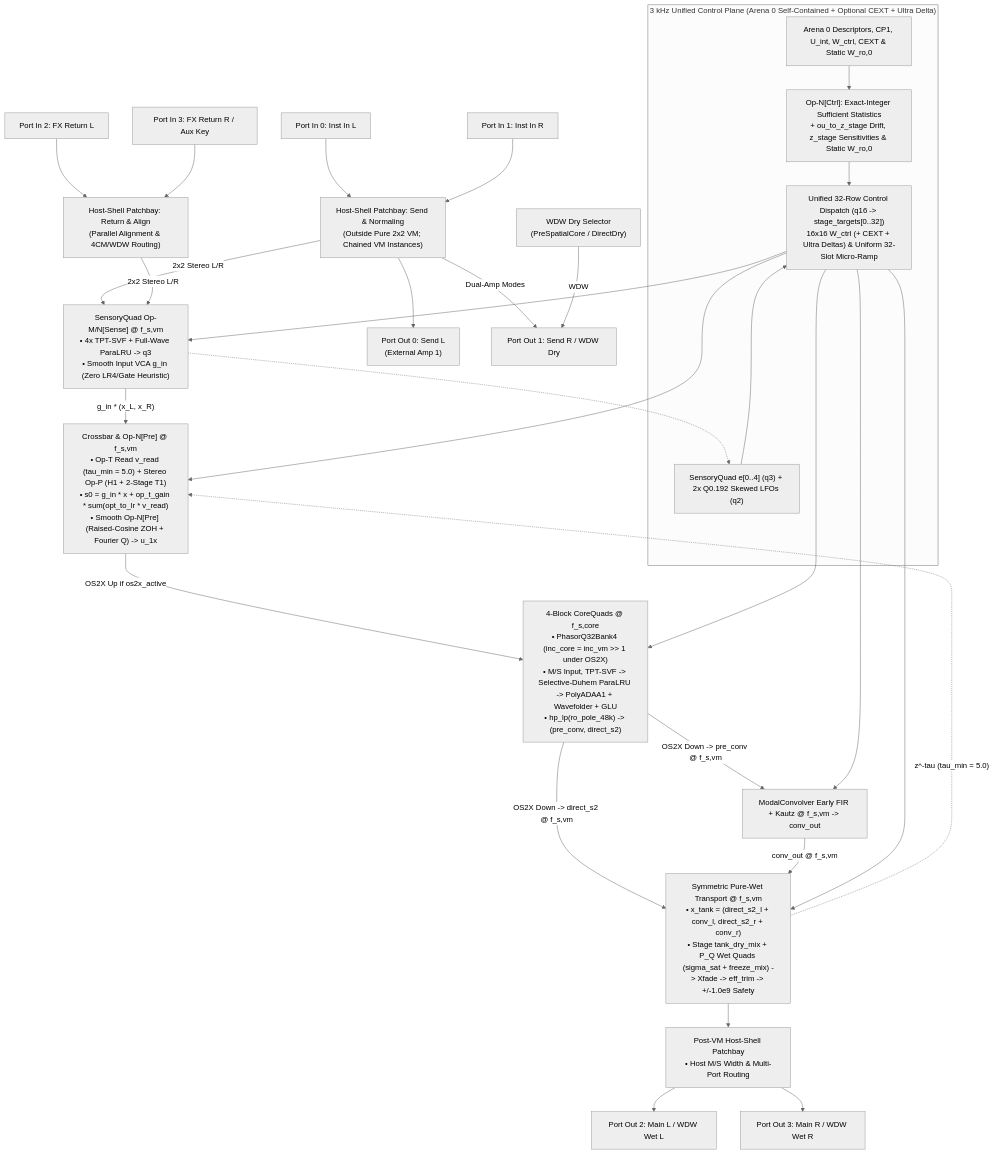
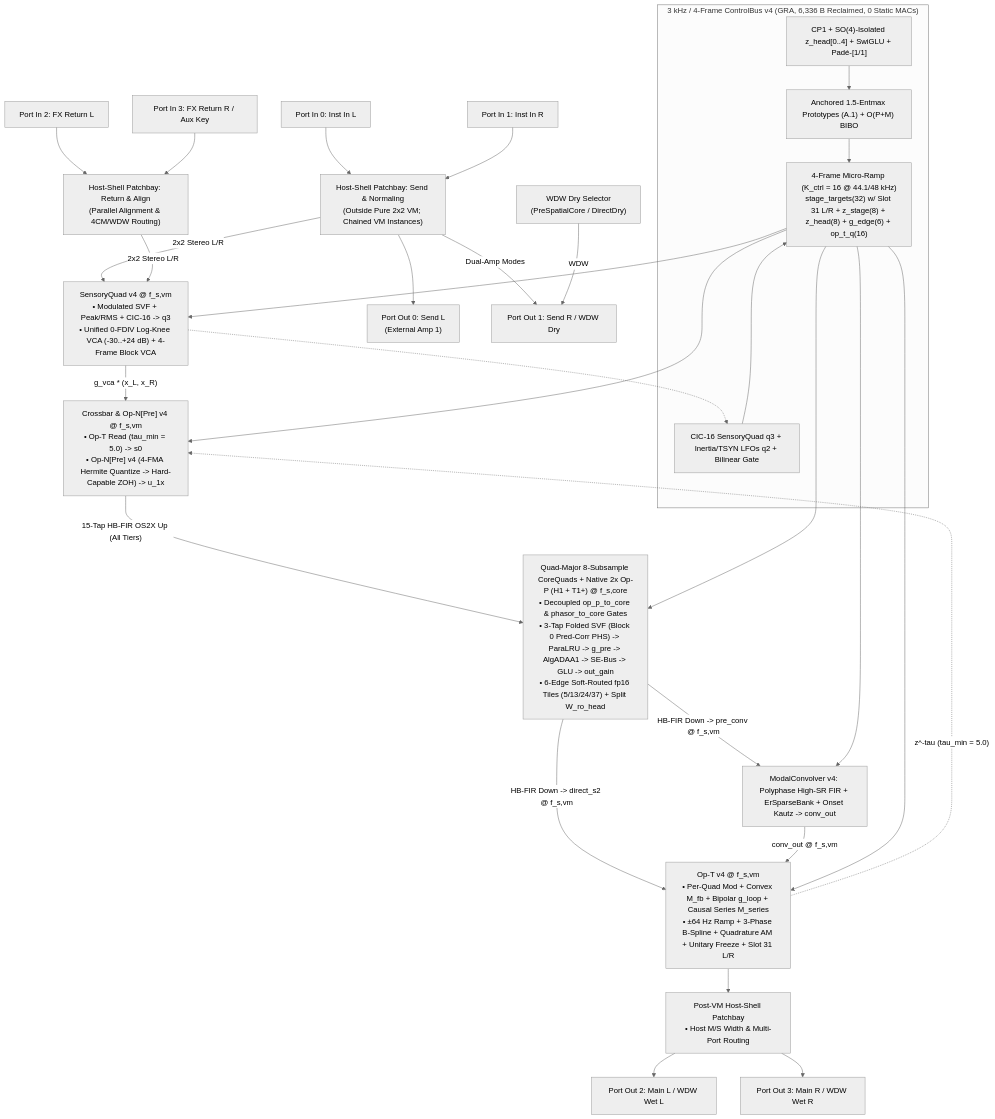
Before and after one commit to mokugen/dnam: the diagram in docs/specs/dsp/router_and_crossbar_topology.md, drawn with Mermaid (neutral theme). The commit also changed other lines of this file and 8 other files, not shown here.

Commit message:
docs(specs): C1.2 update architecture and DSP specifications for SONA v4.0

````diff
--- a/docs/specs/dsp/router_and_crossbar_topology.md
+++ b/docs/specs/dsp/router_and_crossbar_topology.md
@@ -38,30 +40,30 @@
 ```mermaid
 flowchart TD
-    subgraph ControlPlaneGroup ["3 kHz Unified Control Plane (Arena 0 Self-Contained + Optional CEXT + Ultra Delta)"]
-        CtrlSrc["Arena 0 Descriptors, CP1, U_int, W_ctrl, CEXT & Static W_ro,0"] --> OpN["Op-N[Ctrl]: Exact-Integer Sufficient Statistics<br/>+ ou_to_z_stage Drift, z_stage Sensitivities & Static W_ro,0"]
-        EnvLfo["SensoryQuad e[0..4] (q3) + 2x Q0.192 Skewed LFOs (q2)"] --> CtrlDispatch["Unified 32-Row Control Dispatch (q16 -> stage_targets[0..32])<br/>16x16 W_ctrl (+ CEXT + Ultra Deltas) & Uniform 32-Slot Micro-Ramp"]
+    subgraph ControlPlaneGroup ["3 kHz / 4-Frame ControlBus v4 (GRA, 6,336 B Reclaimed, 0 Static MACs)"]
+        CtrlSrc["CP1 + SO(4)-Isolated z_head[0..4] + SwiGLU + Padé-[1/1]"] --> OpN["Anchored 1.5-Entmax Prototypes (A.1) + O(P+M) BIBO"]
+        EnvLfo["CIC-16 SensoryQuad q3 + Inertia/TSYN LFOs q2 + Bilinear Gate"] --> CtrlDispatch["4-Frame Micro-Ramp (K_ctrl = 16 @ 44.1/48 kHz)<br/>stage_targets(32) w/ Slot 31 L/R + z_stage(8) + z_head(8) + g_edge(6) + op_t_q(16)"]
         OpN --> CtrlDispatch
     end
 
     In0["Port In 0: Inst In L"] & In1["Port In 1: Inst In R"] --> PreRouter["Host-Shell Patchbay: Send & Normaling<br/>(Outside Pure 2x2 VM; Chained VM Instances)"]
     In2["Port In 2: FX Return L"] & In3["Port In 3: FX Return R / Aux Key"] --> DownRouter["Host-Shell Patchbay: Return & Align<br/>(Parallel Alignment & 4CM/WDW Routing)"]
 
     PreRouter --> Out0["Port Out 0: Send L<br/>(External Amp 1)"]
     PreRouter -->|"Dual-Amp Modes"| Out1["Port Out 1: Send R / WDW Dry"]
     DryTap["WDW Dry Selector<br/>(PreSpatialCore / DirectDry)"] -->|"WDW"| Out1
 
-    PreRouter & DownRouter -->|"2x2 Stereo L/R"| Sense["SensoryQuad Op-M/N[Sense] @ f_s,vm<br/>• 4x TPT-SVF + Full-Wave ParaLRU -> q3<br/>• Smooth Input VCA g_in (Zero LR4/Gate Heuristic)"]
+    PreRouter & DownRouter -->|"2x2 Stereo L/R"| Sense["SensoryQuad v4 @ f_s,vm<br/>• Modulated SVF + Peak/RMS + CIC-16 -> q3<br/>• Unified 0-FDIV Log-Knee VCA (-30..+24 dB) + 4-Frame Block VCA"]
     Sense -.-> EnvLfo
-    Sense -->|"g_in * (x_L, x_R)"| Crossbar["Crossbar & Op-N[Pre] @ f_s,vm<br/>• Op-T Read v_read (tau_min = 5.0) + Stereo Op-P (H1 + 2-Stage T1)<br/>• s0 = g_in * x + op_t_gain * sum(opt_to_lr * v_read)<br/>• Smooth Op-N[Pre] (Raised-Cosine ZOH + Fourier Q) -> u_1x"]
-    Crossbar -->|"OS2X Up if os2x_active"| Core["4-Block CoreQuads @ f_s,core<br/>• PhasorQ32Bank4 (inc_core = inc_vm >> 1 under OS2X)<br/>• M/S Input, TPT-SVF -> Selective-Duhem ParaLRU -> PolyADAA1 + Wavefolder + GLU<br/>• hp_lp(ro_pole_48k) -> (pre_conv, direct_s2)"]
-    Core -->|"OS2X Down -> pre_conv @ f_s,vm"| Conv["ModalConvolver Early FIR + Kautz @ f_s,vm -> conv_out"]
-    Core -->|"OS2X Down -> direct_s2 @ f_s,vm"| Tank["Symmetric Pure-Wet Transport @ f_s,vm<br/>• x_tank = (direct_s2_l + conv_l, direct_s2_r + conv_r)<br/>• Stage tank_dry_mix + P_Q Wet Quads (sigma_sat + freeze_mix) -> Xfade -> eff_trim -> +/-1.0e9 Safety"]
+    Sense -->|"g_vca * (x_L, x_R)"| Crossbar["Crossbar & Op-N[Pre] v4 @ f_s,vm<br/>• Op-T Read (tau_min = 5.0) -> s0<br/>• Op-N[Pre] v4 (4-FMA Hermite Quantize -> Hard-Capable ZOH) -> u_1x"]
+    Crossbar -->|"15-Tap HB-FIR OS2X Up (All Tiers)"| Core["Quad-Major 8-Subsample CoreQuads + Native 2x Op-P (H1 + T1+) @ f_s,core<br/>• Decoupled op_p_to_core & phasor_to_core Gates<br/>• 3-Tap Folded SVF (Block 0 Pred-Corr PHS) -> ParaLRU -> g_pre -> AlgADAA1 -> SE-Bus -> GLU -> out_gain<br/>• 6-Edge Soft-Routed fp16 Tiles (5/13/24/37) + Split W_ro_head"]
+    Core -->|"HB-FIR Down -> pre_conv @ f_s,vm"| Conv["ModalConvolver v4: Polyphase High-SR FIR + ErSparseBank + Onset Kautz -> conv_out"]
+    Core -->|"HB-FIR Down -> direct_s2 @ f_s,vm"| Tank["Op-T v4 @ f_s,vm<br/>• Per-Quad Mod + Convex M_fb + Bipolar g_loop + Causal Series M_series<br/>• ±64 Hz Ramp + 3-Phase B-Spline + Quadrature AM + Unitary Freeze + Slot 31 L/R"]
     Conv -->|"conv_out @ f_s,vm"| Tank
 
     CtrlDispatch --> Sense & Crossbar & Core & Conv & Tank
 
     Tank --> DirectOut["Post-VM Host-Shell Patchbay<br/>• Host M/S Width & Multi-Port Routing"]
     Tank -. "z^-tau (tau_min = 5.0)" .-> Crossbar
     DirectOut --> Out2["Port Out 2: Main L / WDW Wet L"]
     DirectOut --> Out3["Port Out 3: Main R / WDW Wet R"]
 ```
````
